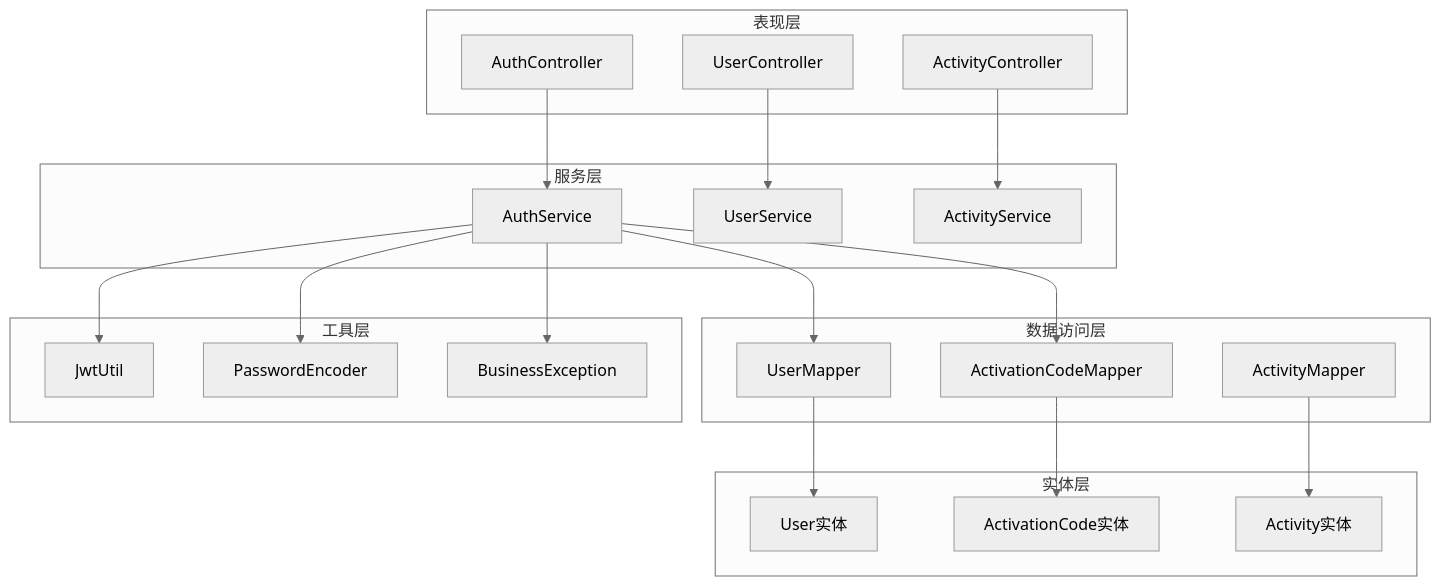
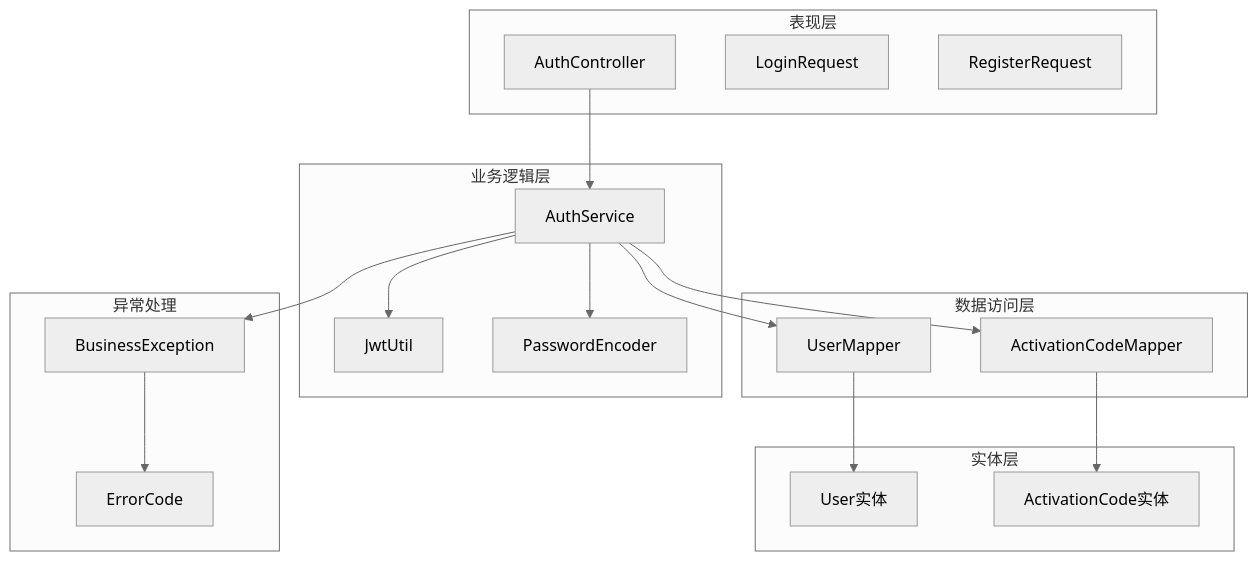
One commit to Redmoon-2333/HumanResourceOfficial changed the first of 11 diagrams in .qoder/repowiki/zh/content/业务逻辑层/认证服务.md. Above: the diagram before and after it, drawn with Mermaid (neutral theme). The commit also changed other lines of this file and 60 other files, not shown here.

````diff
--- a/.qoder/repowiki/zh/content/业务逻辑层/认证服务.md
+++ b/.qoder/repowiki/zh/content/业务逻辑层/认证服务.md
@@ -37,39 +39,34 @@
 ```mermaid
 graph TB
 subgraph "表现层"
 AC[AuthController]
-UC[UserController]
-CC[ActivityController]
+LR[LoginRequest]
+RR[RegisterRequest]
 end
-subgraph "服务层"
+subgraph "业务逻辑层"
 AS[AuthService]
-US[UserService]
-ACT[ActivityService]
+JU[JwtUtil]
+PE[PasswordEncoder]
 end
 subgraph "数据访问层"
 UM[UserMapper]
 ACM[ActivationCodeMapper]
-AM[ActivityMapper]
 end
 subgraph "实体层"
 UE[User实体]
 ACE[ActivationCode实体]
-AE[Activity实体]
 end
-subgraph "工具层"
-JU[JwtUtil]
-PE[PasswordEncoder]
-BU[BusinessException]
+subgraph "异常处理"
+BE[BusinessException]
+EC[ErrorCode]
 end
 AC --> AS
-UC --> US
-CC --> ACT
+AS --> JU
+AS --> PE
 AS --> UM
 AS --> ACM
-AS --> JU
-AS --> PE
-AS --> BU
 UM --> UE
 ACM --> ACE
-AM --> AE
+AS --> BE
+BE --> EC
 ```
````
